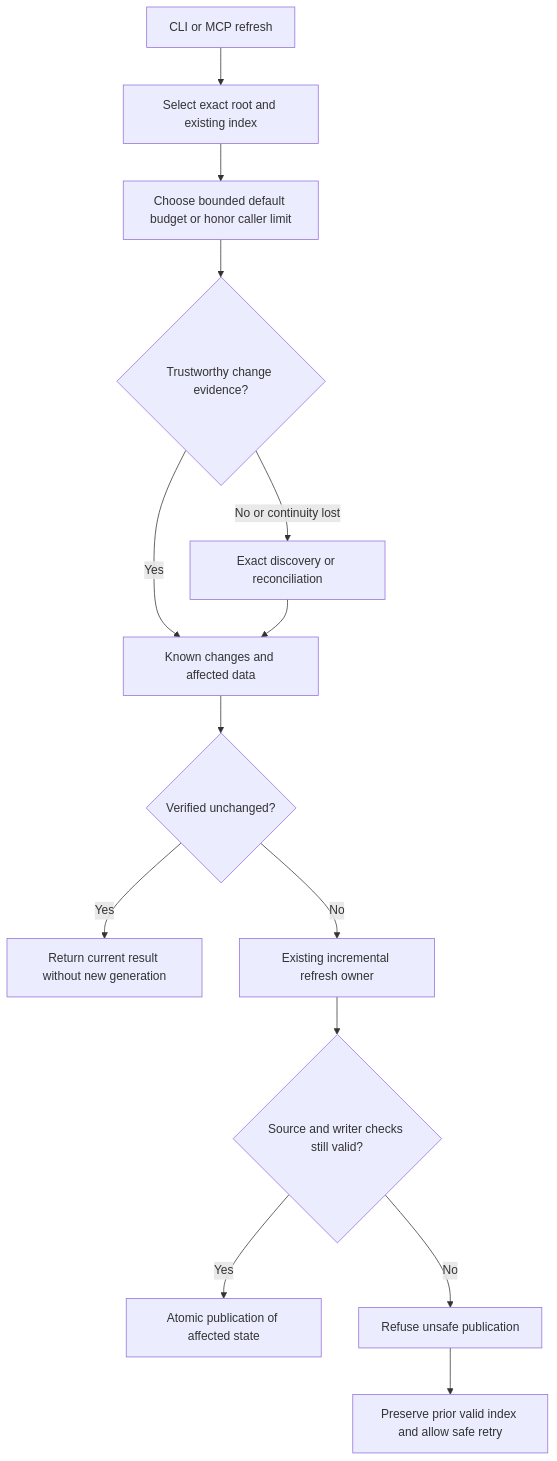
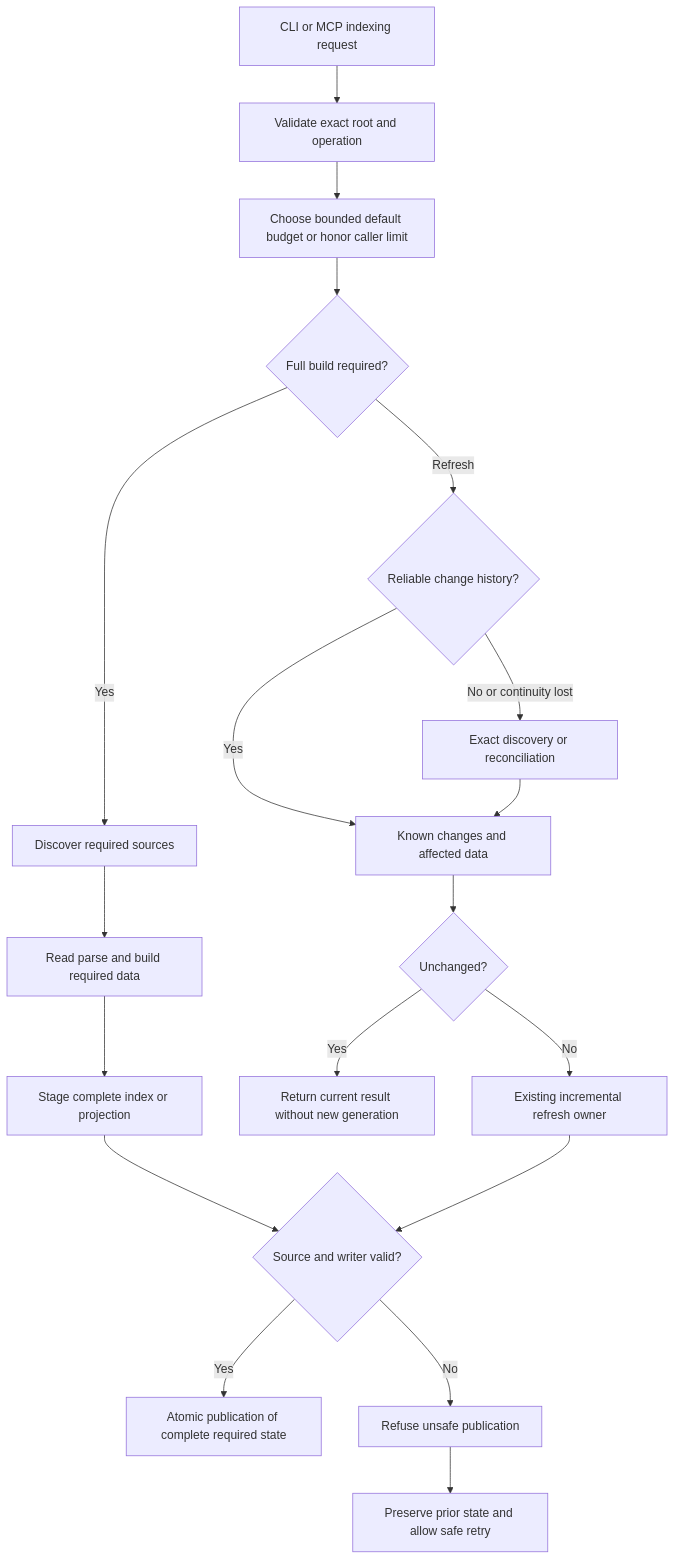
The diagram in docs/incremental-refresh-architecture.md (styler-ai/ProjectAtlas), drawn with Mermaid before and after one commit. The commit also changed other lines of this file and 10 other files, not shown here.

Commit message:
docs(indexing): plan complete performance improvements for v0.5.1 (#708)

````diff
--- a/docs/incremental-refresh-architecture.md
+++ b/docs/incremental-refresh-architecture.md
@@ -17,16 +18,21 @@
 ```mermaid
 flowchart TD
-    Request[CLI or MCP refresh] --> Select[Select exact root and existing index]
+    Request[CLI or MCP indexing request] --> Select[Validate exact root and operation]
     Select --> Budget[Choose bounded default budget or honor caller limit]
-    Budget --> Evidence{Trustworthy change evidence?}
+    Budget --> Mode{Full build required?}
+    Mode -->|Yes| Discover[Discover required sources]
+    Discover --> Build[Read parse and build required data]
+    Build --> Full[Stage complete index or projection]
+    Mode -->|Refresh| Evidence{Reliable change history?}
     Evidence -->|Yes| Changes[Known changes and affected data]
     Evidence -->|No or continuity lost| Exact[Exact discovery or reconciliation]
     Exact --> Changes
-    Changes --> Empty{Verified unchanged?}
+    Changes --> Empty{Unchanged?}
     Empty -->|Yes| Noop[Return current result without new generation]
     Empty -->|No| Update[Existing incremental refresh owner]
-    Update --> Guard{Source and writer checks still valid?}
-    Guard -->|Yes| Publish[Atomic publication of affected state]
+    Full --> Guard
+    Update --> Guard{Source and writer valid?}
+    Guard -->|Yes| Publish[Atomic publication of complete required state]
     Guard -->|No| Recover[Refuse unsafe publication]
-    Recover --> Prior[Preserve prior valid index and allow safe retry]
+    Recover --> Prior[Preserve prior state and allow safe retry]
 ```
````
